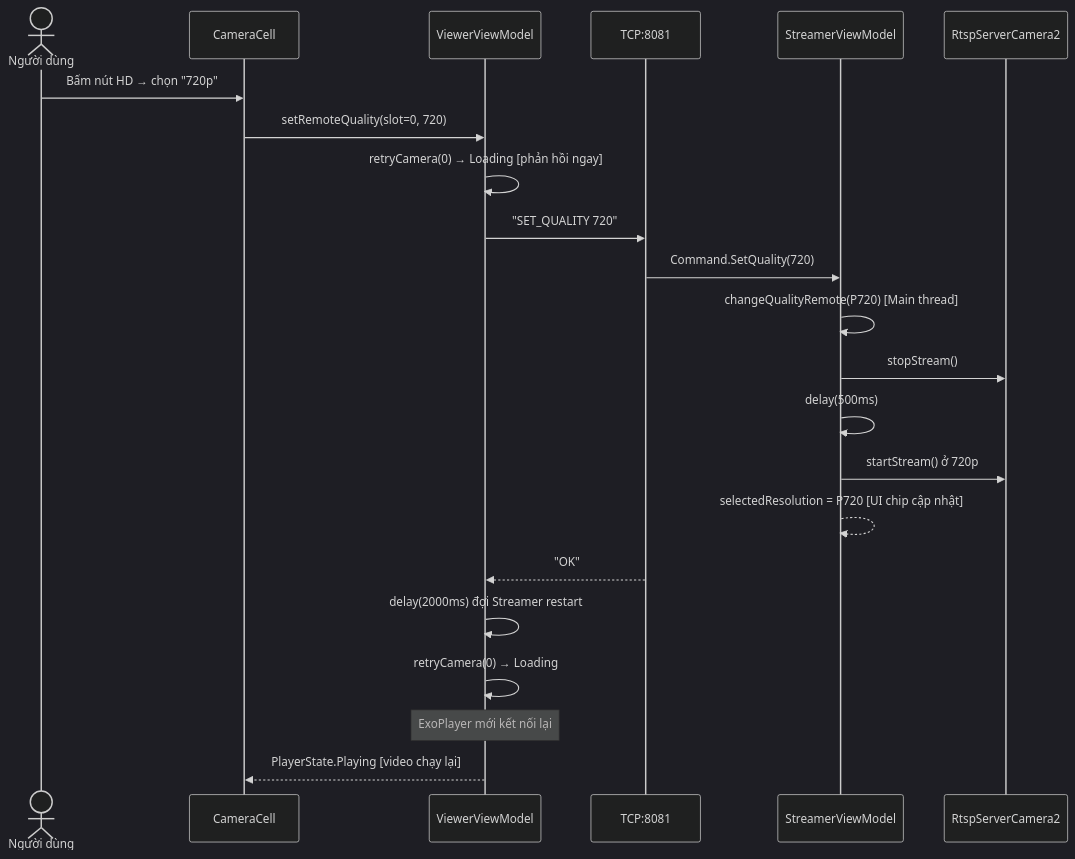
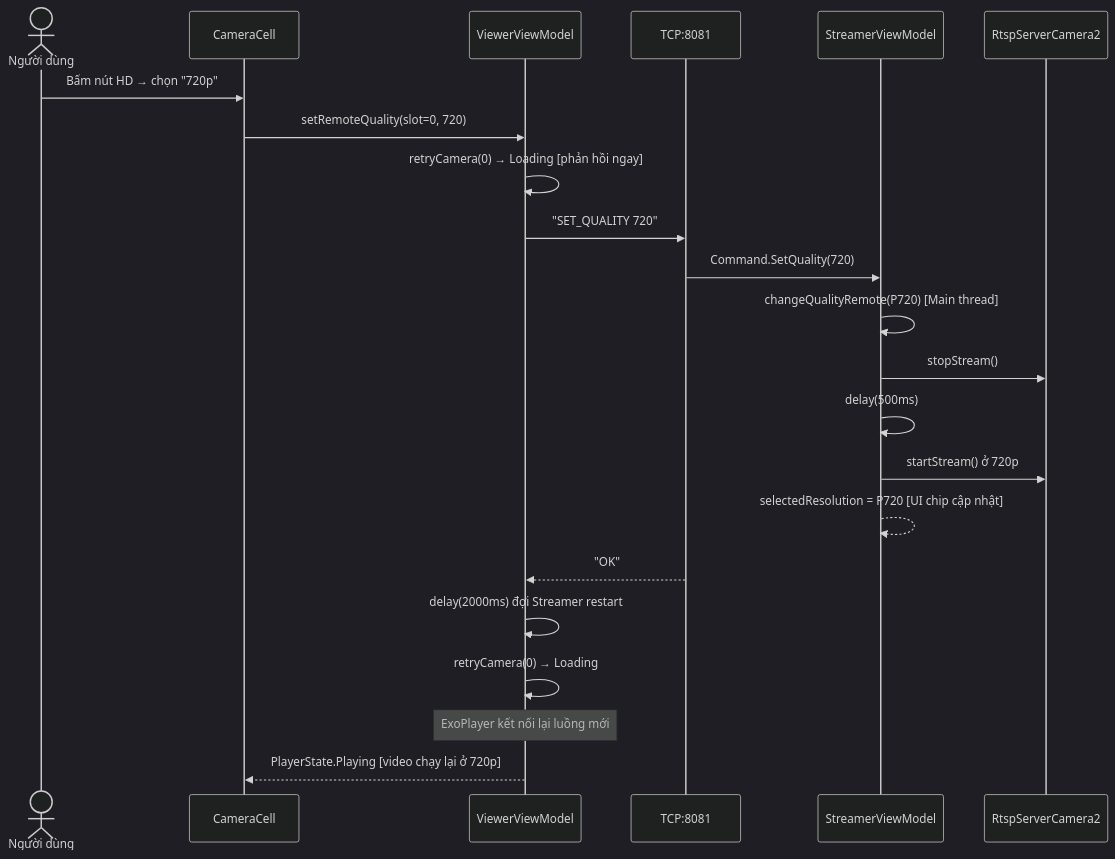
Before and after one commit to nvdung1607/PhoneCamera: the fourth of 5 diagrams in README.md, drawn with Mermaid (dark theme). The commit also changed other lines of this file and 3 other files, not shown here.

````diff
--- a/README.md
+++ b/README.md
@@ -421,27 +173,27 @@
 ```mermaid
 sequenceDiagram
     actor U as Người dùng
     participant CC as CameraCell
     participant VVM as ViewerViewModel
     participant TCP as TCP:8081
     participant SVM as StreamerViewModel
     participant CAM as RtspServerCamera2
 
     U->>CC: Bấm nút HD → chọn "720p"
     CC->>VVM: setRemoteQuality(slot=0, 720)
     VVM->>VVM: retryCamera(0) → Loading [phản hồi ngay]
 
     VVM->>TCP: "SET_QUALITY 720"
     TCP->>SVM: Command.SetQuality(720)
     SVM->>SVM: changeQualityRemote(P720) [Main thread]
     SVM->>CAM: stopStream()
     SVM->>SVM: delay(500ms)
     SVM->>CAM: startStream() ở 720p
     SVM-->>SVM: selectedResolution = P720 [UI chip cập nhật]
     TCP-->>VVM: "OK"
 
     VVM->>VVM: delay(2000ms) đợi Streamer restart
     VVM->>VVM: retryCamera(0) → Loading
-    Note over VVM: ExoPlayer mới kết nối lại
-    VVM-->>CC: PlayerState.Playing [video chạy lại]
+    Note over VVM: ExoPlayer kết nối lại luồng mới
+    VVM-->>CC: PlayerState.Playing [video chạy lại ở 720p]
 ```
````
